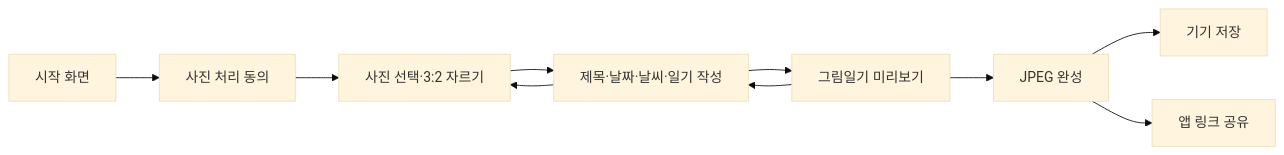
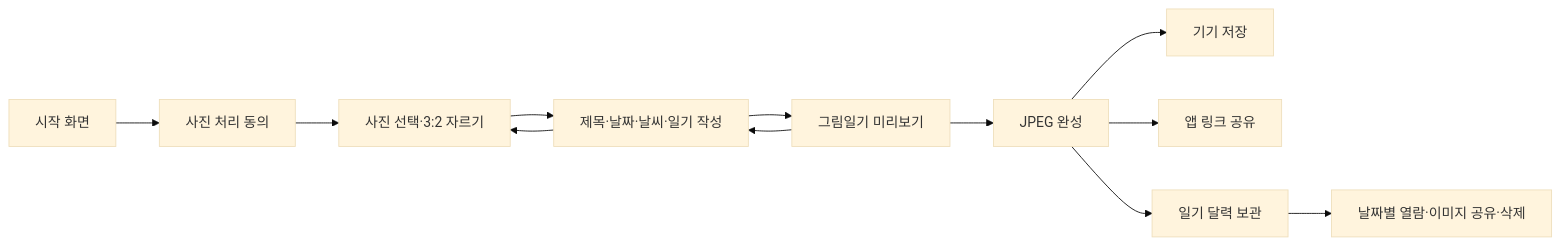
Before and after one commit to SummerVacationDiaryTMD/Summer_Vacation_Diary: the diagram in README.md, drawn with Mermaid (base theme). The commit also changed other lines of this file and 11 other files, not shown here.

````diff
--- a/README.md
+++ b/README.md
@@ -84,12 +85,14 @@
 ```mermaid
 flowchart LR
     O["시작 화면"] --> U["사진 처리 동의"]
     U --> C["사진 선택·3:2 자르기"]
     C --> W["제목·날짜·날씨·일기 작성"]
     W --> P["그림일기 미리보기"]
     P --> F["JPEG 완성"]
     F --> S["기기 저장"]
     F --> H["앱 링크 공유"]
+    F --> A["일기 달력 보관"]
+    A --> V["날짜별 열람·이미지 공유·삭제"]
     P --> W
     W --> C
 ```
````
